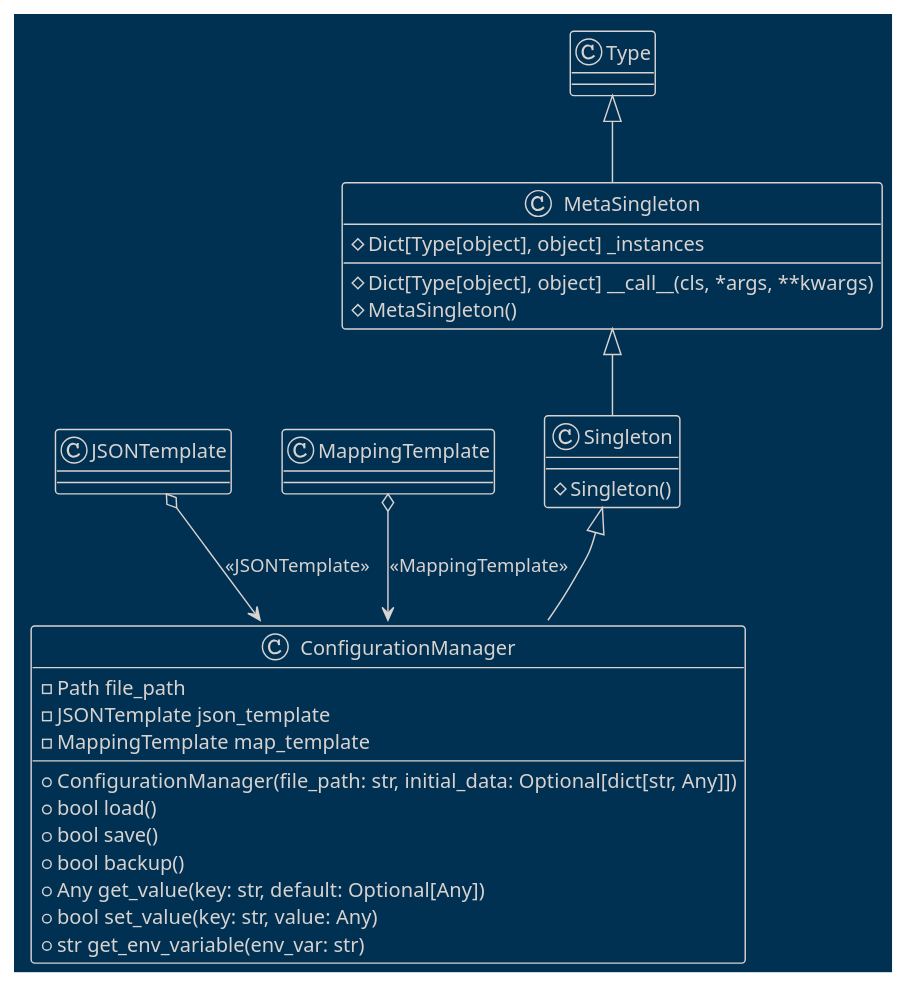
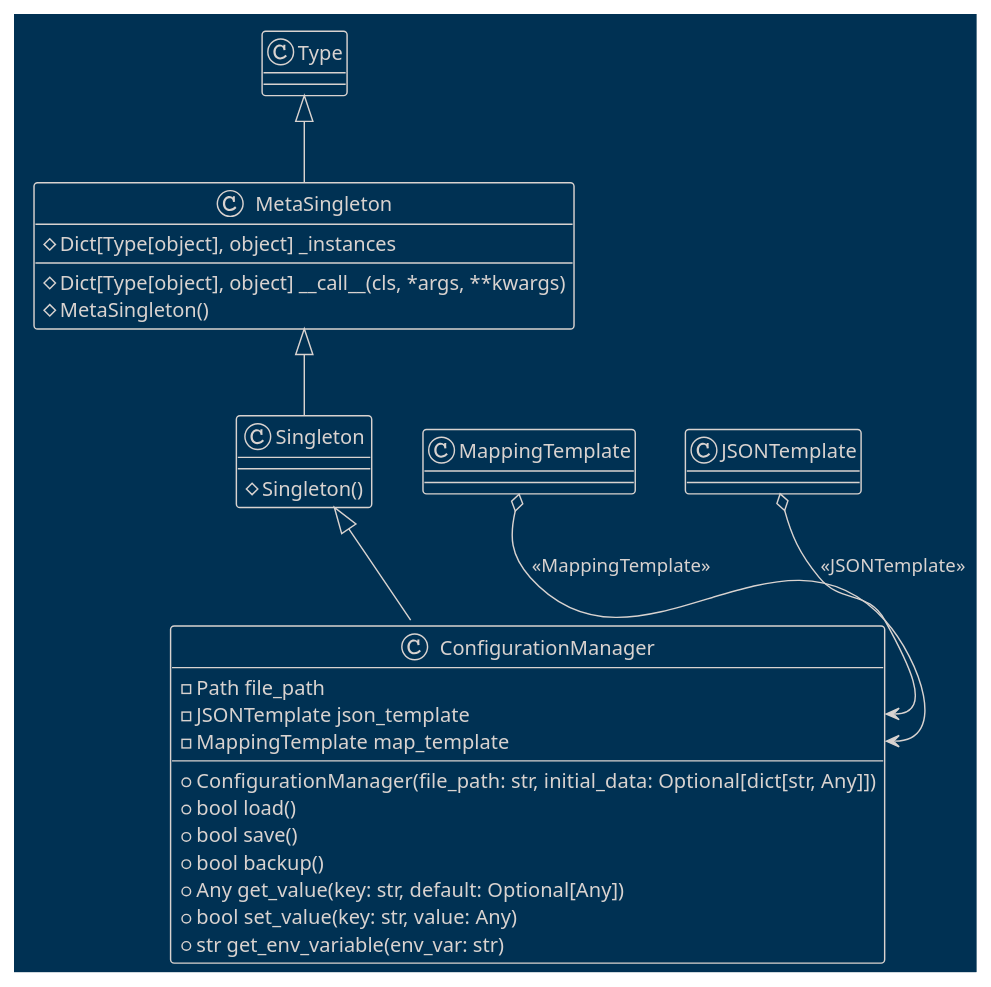
One commit to teleprint-me/py.gpt.prompt changed the diagram in docs/diagrams/plantuml/configuration_manager.puml. Above: the diagram before and after it, drawn with PlantUML. The commit also changed 1 other file, not shown here.

```diff
--- a/docs/diagrams/plantuml/configuration_manager.puml
+++ b/docs/diagrams/plantuml/configuration_manager.puml
@@ -1,31 +1,31 @@
 @startuml ConfigurationManager
 !theme blueprint
 
 ' docs/diagrams/plantuml/configuration_manager.puml
 
 class MetaSingleton extends Type {
     # Dict[Type[object], object] _instances
     # Dict[Type[object], object] __call__(cls, *args, **kwargs)
     # MetaSingleton()
 }
 
 class Singleton extends MetaSingleton {
     # Singleton()
 }
 
 class ConfigurationManager extends Singleton {
     - Path file_path
     - JSONTemplate json_template
     - MappingTemplate map_template
     + ConfigurationManager(file_path: str, initial_data: Optional[dict[str, Any]])
     + bool load()
     + bool save()
     + bool backup()
     + Any get_value(key: str, default: Optional[Any])
     + bool set_value(key: str, value: Any)
     + str get_env_variable(env_var: str)
 }
 
-JSONTemplate o--> ConfigurationManager::json_interface : <<JSONTemplate>>
-MappingTemplate o--> ConfigurationManager::map_interface : <<MappingTemplate>>
+JSONTemplate o--> ConfigurationManager::json_template : <<JSONTemplate>>
+MappingTemplate o--> ConfigurationManager::map_template : <<MappingTemplate>>
 @enduml
```
